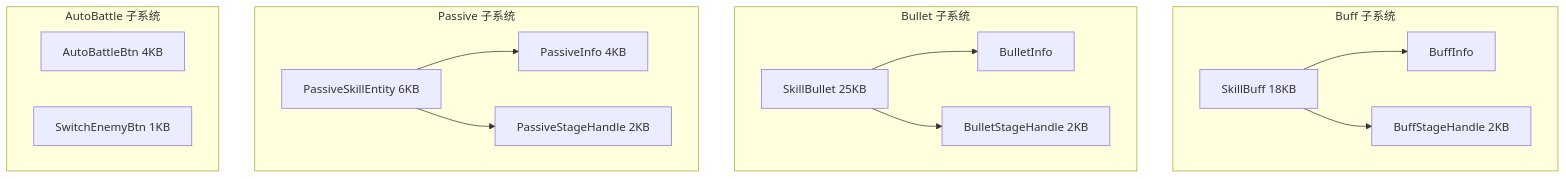
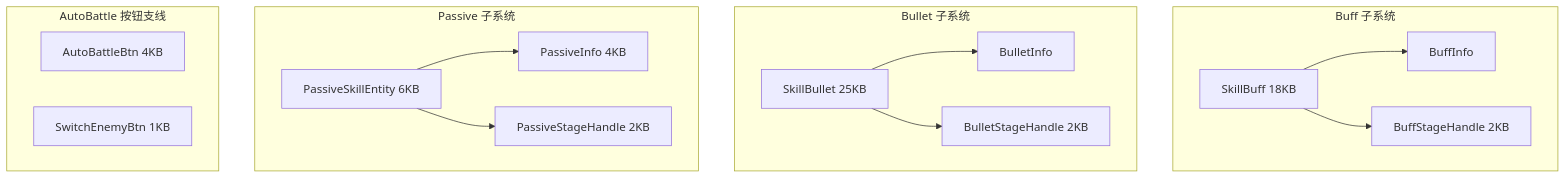
One commit to BoyLei/Stars changed the first of 2 diagrams in diagrams/battle/L4_COMBAT_EFFECT.md. Above: the diagram before and after it, drawn with Mermaid. The commit also changed other lines of this file and 15 other files, not shown here.

````diff
--- a/diagrams/battle/L4_COMBAT_EFFECT.md
+++ b/diagrams/battle/L4_COMBAT_EFFECT.md
@@ -7,26 +7,26 @@
 ```mermaid
 flowchart TB
     subgraph Buff["Buff 子系统"]
         SB[SkillBuff 18KB]
         BI[BuffInfo]
         BSH[BuffStageHandle 2KB]
     end
     subgraph Bullet["Bullet 子系统"]
         SL[SkillBullet 25KB]
         BLI[BulletInfo]
         BLSH[BulletStageHandle 2KB]
     end
     subgraph Passive["Passive 子系统"]
         PSE[PassiveSkillEntity 6KB]
         PI[PassiveInfo 4KB]
         PSH[PassiveStageHandle 2KB]
     end
-    subgraph Auto["AutoBattle 子系统"]
+    subgraph Auto["AutoBattle 按钮支线"]
         AB[AutoBattleBtn 4KB]
         SE[SwitchEnemyBtn 1KB]
     end
 
     SB --> BI & BSH
     SL --> BLI & BLSH
     PSE --> PI & PSH
 ```
````
